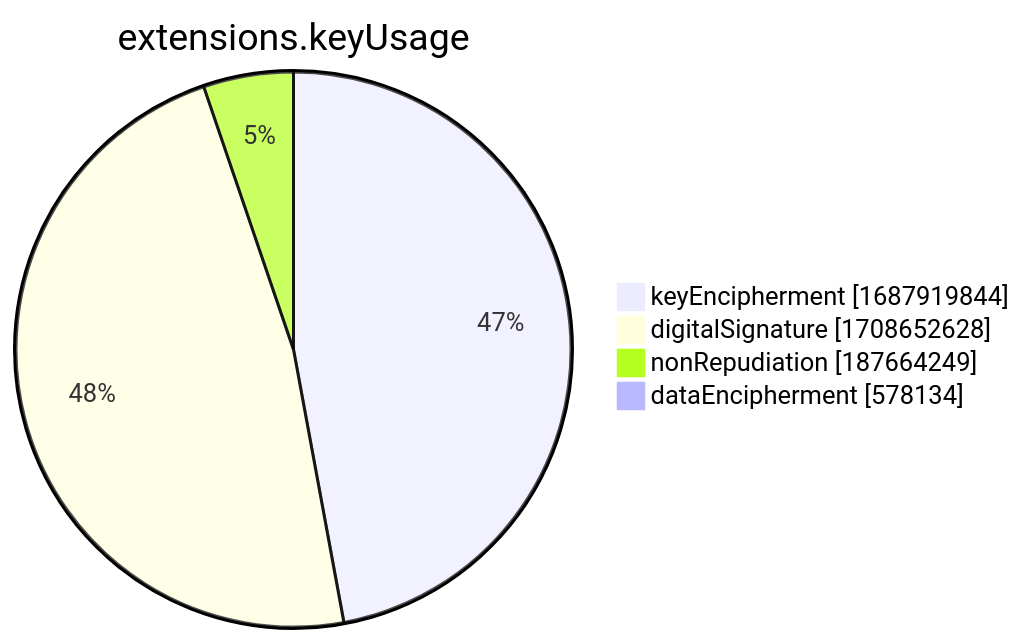
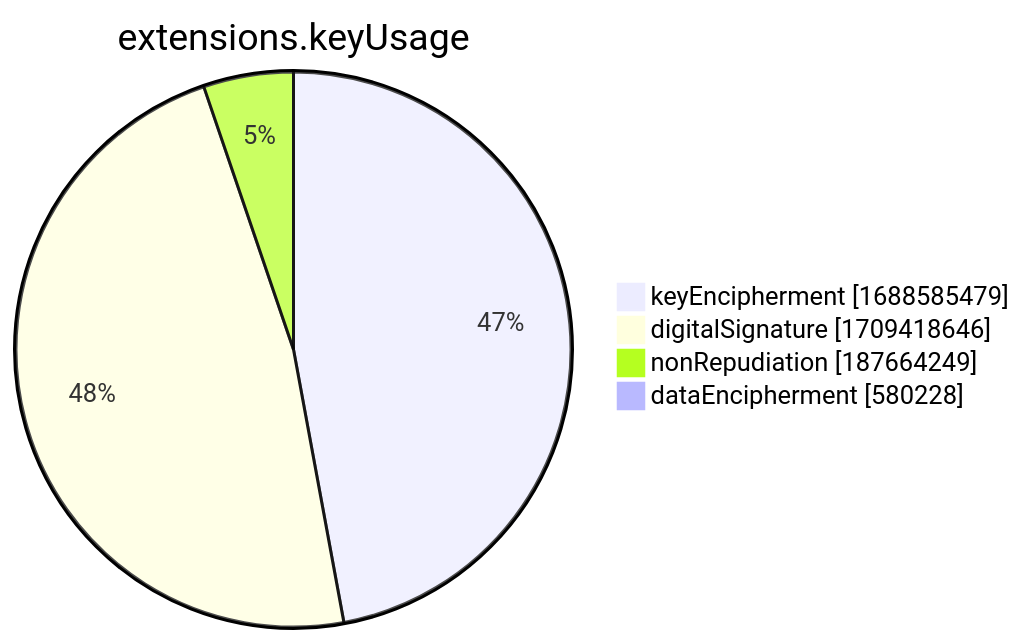
One commit to christiankrug/ctmonitor_visualization changed the seventh of 15 diagrams in xenon2022/README.md. Above: the diagram before and after it, drawn with Mermaid. The commit also changed other lines of this file, not shown here.

````diff
--- a/xenon2022/README.md
+++ b/xenon2022/README.md
@@ -2858,8 +2858,8 @@
 ```mermaid
 pie showData
 title extensions.keyUsage
-"keyEncipherment" :1687919844
-"digitalSignature" :1708652628
+"keyEncipherment" :1688585479
+"digitalSignature" :1709418646
 "nonRepudiation" :187664249
-"dataEncipherment" :578134
+"dataEncipherment" :580228
 ```
````
